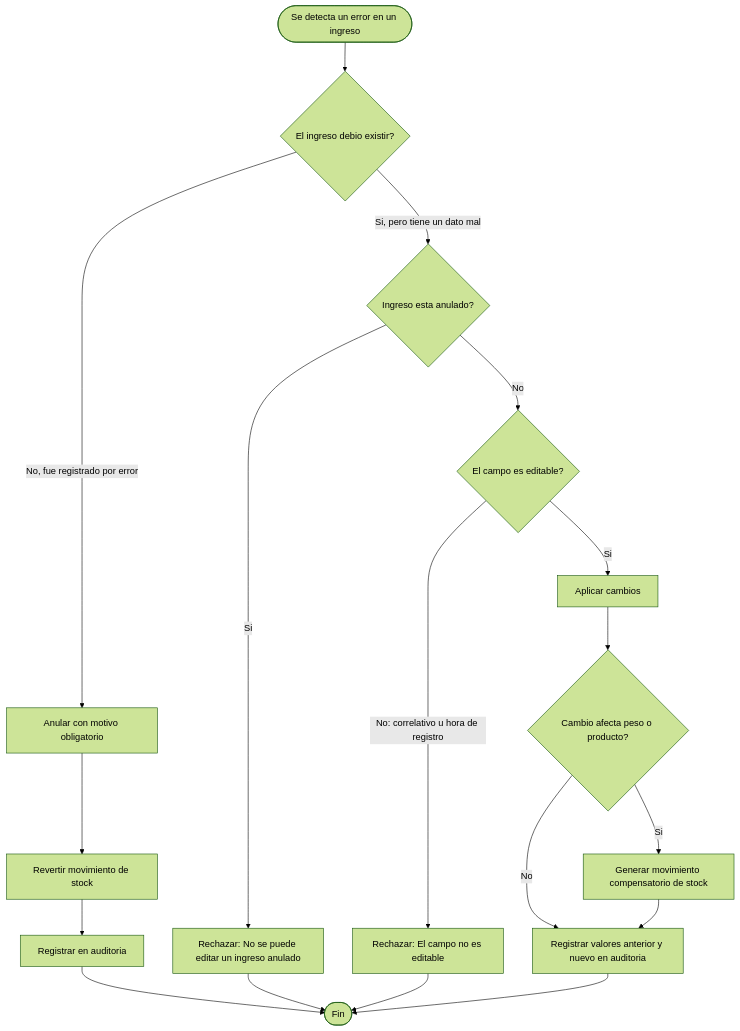
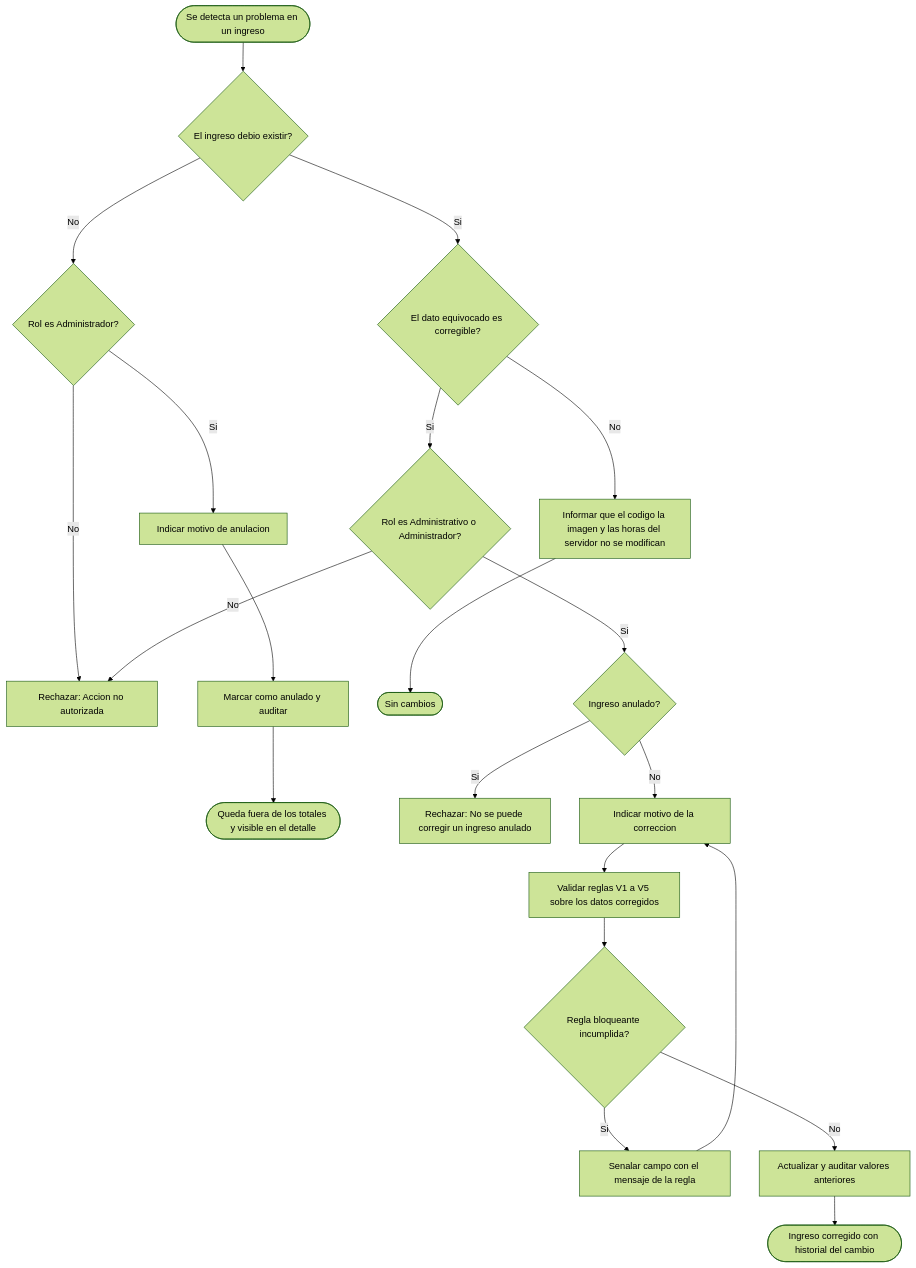
Before and after one commit to adlerOmonte1/LogisticaMinera: the second of 3 diagrams in docs/modulos/M03-ingresos/diagramas/actividades.md, drawn with Mermaid (forest theme). The commit also changed other lines of this file and 12 other files, not shown here.

First line of the commit message:
docs(ingresos): Reformulacion de Historias de Usuario, requisitos y diagramas

````diff
--- a/docs/modulos/M03-ingresos/diagramas/actividades.md
+++ b/docs/modulos/M03-ingresos/diagramas/actividades.md
@@ -37,20 +39,24 @@
 ```mermaid
 flowchart TD
-    Start([Se detecta un error en un ingreso]) --> D1{El ingreso debio existir?}
-    D1 -->|No, fue registrado por error| AN[Anular con motivo obligatorio]
-    AN --> AN1[Revertir movimiento de stock]
-    AN1 --> AN2[Registrar en auditoria]
-    AN2 --> Fin([Fin])
-    D1 -->|Si, pero tiene un dato mal| D2{Ingreso esta anulado?}
-    D2 -->|Si| E1[Rechazar: No se puede editar un ingreso anulado]
-    E1 --> Fin
-    D2 -->|No| D3{El campo es editable?}
-    D3 -->|No: correlativo u hora de registro| E2[Rechazar: El campo no es editable]
-    E2 --> Fin
-    D3 -->|Si| ED[Aplicar cambios]
-    ED --> D4{Cambio afecta peso o producto?}
-    D4 -->|Si| RC[Generar movimiento compensatorio de stock]
-    D4 -->|No| AU[Registrar valores anterior y nuevo en auditoria]
-    RC --> AU
-    AU --> Fin
+    I([Se detecta un problema en un ingreso]) --> D1{El ingreso debio existir?}
+    D1 -->|No| D2{Rol es Administrador?}
+    D2 -->|No| E1[Rechazar: Accion no autorizada]
+    D2 -->|Si| L1[Indicar motivo de anulacion]
+    L1 --> P1[Marcar como anulado y auditar]
+    P1 --> F1([Queda fuera de los totales y visible en el detalle])
+
+    D1 -->|Si| D3{El dato equivocado es corregible?}
+    D3 -->|No| M1[Informar que el codigo la imagen y las horas del servidor no se modifican]
+    M1 --> F2([Sin cambios])
+    D3 -->|Si| D4{Rol es Administrativo o Administrador?}
+    D4 -->|No| E1
+    D4 -->|Si| D5{Ingreso anulado?}
+    D5 -->|Si| E2[Rechazar: No se puede corregir un ingreso anulado]
+    D5 -->|No| L2[Indicar motivo de la correccion]
+    L2 --> V1[Validar reglas V1 a V5 sobre los datos corregidos]
+    V1 --> D6{Regla bloqueante incumplida?}
+    D6 -->|Si| E3[Senalar campo con el mensaje de la regla]
+    E3 --> L2
+    D6 -->|No| P2[Actualizar y auditar valores anteriores]
+    P2 --> F3([Ingreso corregido con historial del cambio])
 ```
````
